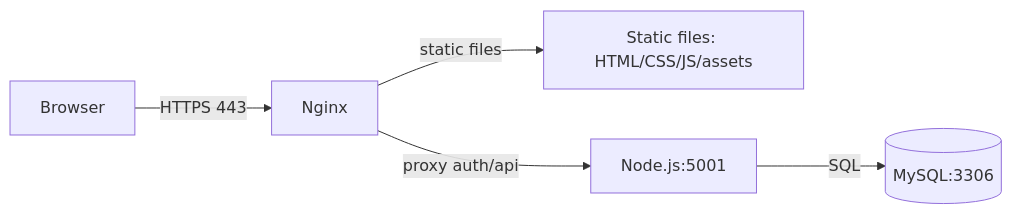
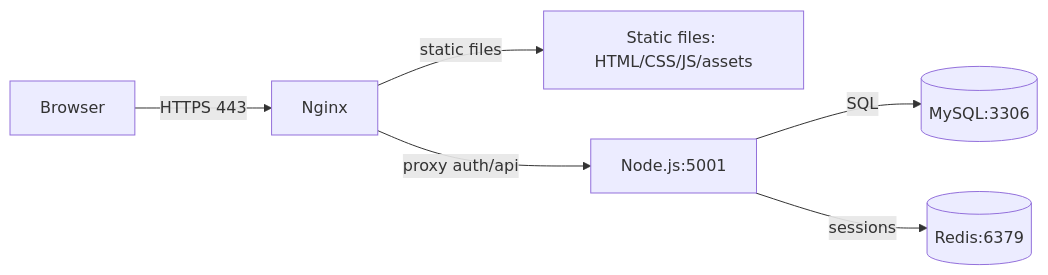
One commit to Radmehrvf/NETWORKRAD changed the first of 2 diagrams in ARCHITECTURE.md. Above: the diagram before and after it, drawn with Mermaid. The commit also changed other lines of this file and 4 other files, not shown here.

````diff
--- a/ARCHITECTURE.md
+++ b/ARCHITECTURE.md
@@ -110,7 +114,8 @@
 ```mermaid
 flowchart LR
   B[Browser] -->|HTTPS 443| N[Nginx]
   N -->|static files| S[Static files: HTML/CSS/JS/assets]
   N -->|proxy auth/api| A[Node.js:5001]
   A -->|SQL| D[(MySQL:3306)]
+  A -->|sessions| R[(Redis:6379)]
 ```
````
